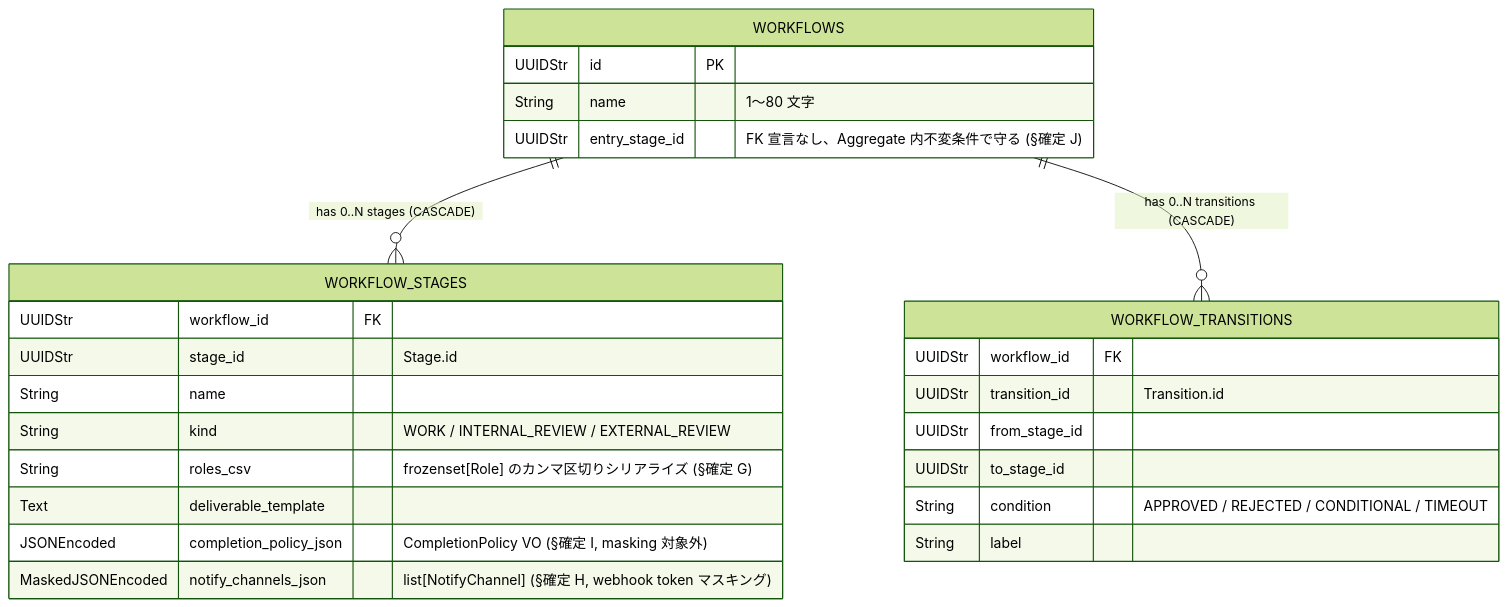
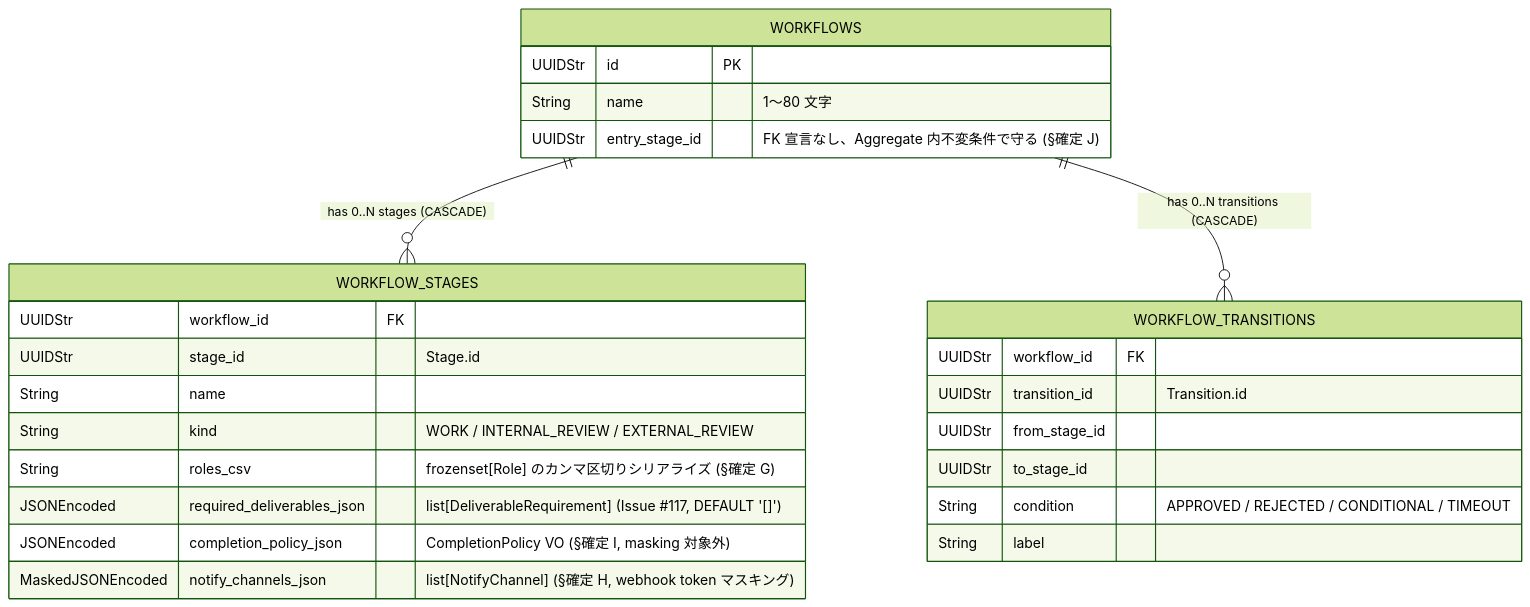
Before and after one commit to bakufu-dev/bakufu: the third of 3 diagrams in docs/features/workflow/repository/basic-design.md, drawn with Mermaid (forest theme). The commit also changed 6 other files, not shown here.

First line of the commit message:
docs(workflow): Stage.required_deliverables 設計書更新 (Issue #117) (#129)

````diff
--- a/docs/features/workflow/repository/basic-design.md
+++ b/docs/features/workflow/repository/basic-design.md
@@ -286,29 +286,29 @@
 ```mermaid
 erDiagram
     WORKFLOWS {
         UUIDStr id PK
         String name "1〜80 文字"
         UUIDStr entry_stage_id "FK 宣言なし、Aggregate 内不変条件で守る (§確定 J)"
     }
     WORKFLOW_STAGES {
         UUIDStr workflow_id FK
         UUIDStr stage_id "Stage.id"
         String name
         String kind "WORK / INTERNAL_REVIEW / EXTERNAL_REVIEW"
         String roles_csv "frozenset[Role] のカンマ区切りシリアライズ (§確定 G)"
-        Text deliverable_template
+        JSONEncoded required_deliverables_json "list[DeliverableRequirement] (Issue #117, DEFAULT '[]')"
         JSONEncoded completion_policy_json "CompletionPolicy VO (§確定 I, masking 対象外)"
         MaskedJSONEncoded notify_channels_json "list[NotifyChannel] (§確定 H, webhook token マスキング)"
     }
     WORKFLOW_TRANSITIONS {
         UUIDStr workflow_id FK
         UUIDStr transition_id "Transition.id"
         UUIDStr from_stage_id
         UUIDStr to_stage_id
         String condition "APPROVED / REJECTED / CONDITIONAL / TIMEOUT"
         String label
     }
 
     WORKFLOWS ||--o{ WORKFLOW_STAGES : "has 0..N stages (CASCADE)"
     WORKFLOWS ||--o{ WORKFLOW_TRANSITIONS : "has 0..N transitions (CASCADE)"
 ```
````
